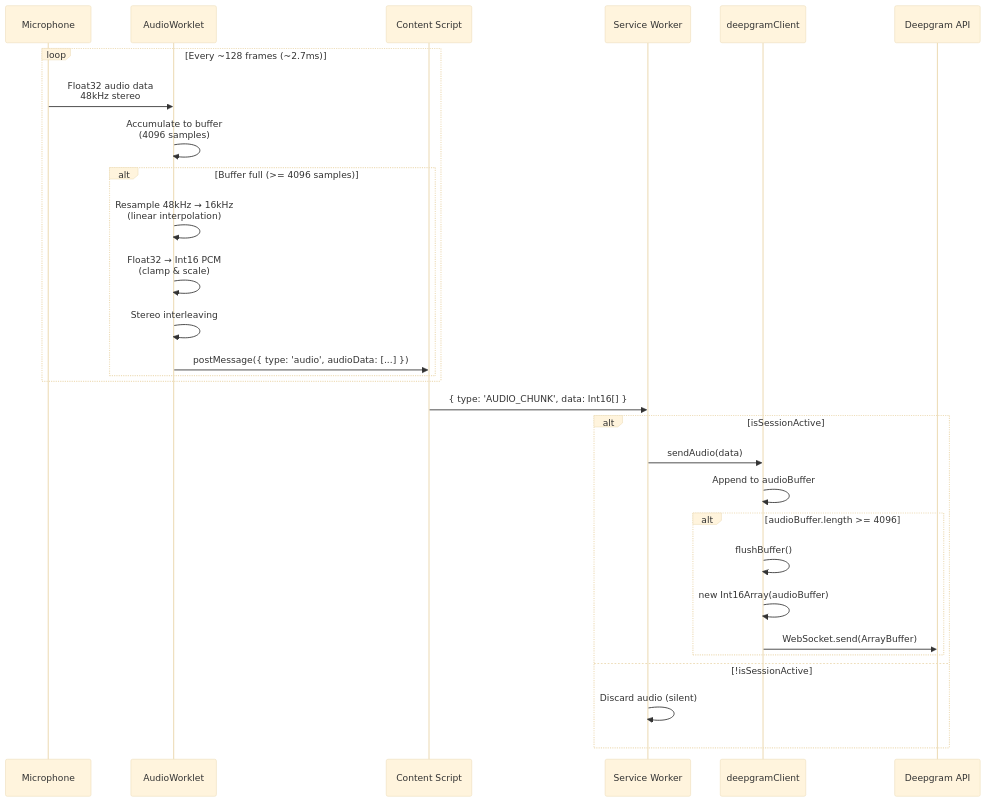
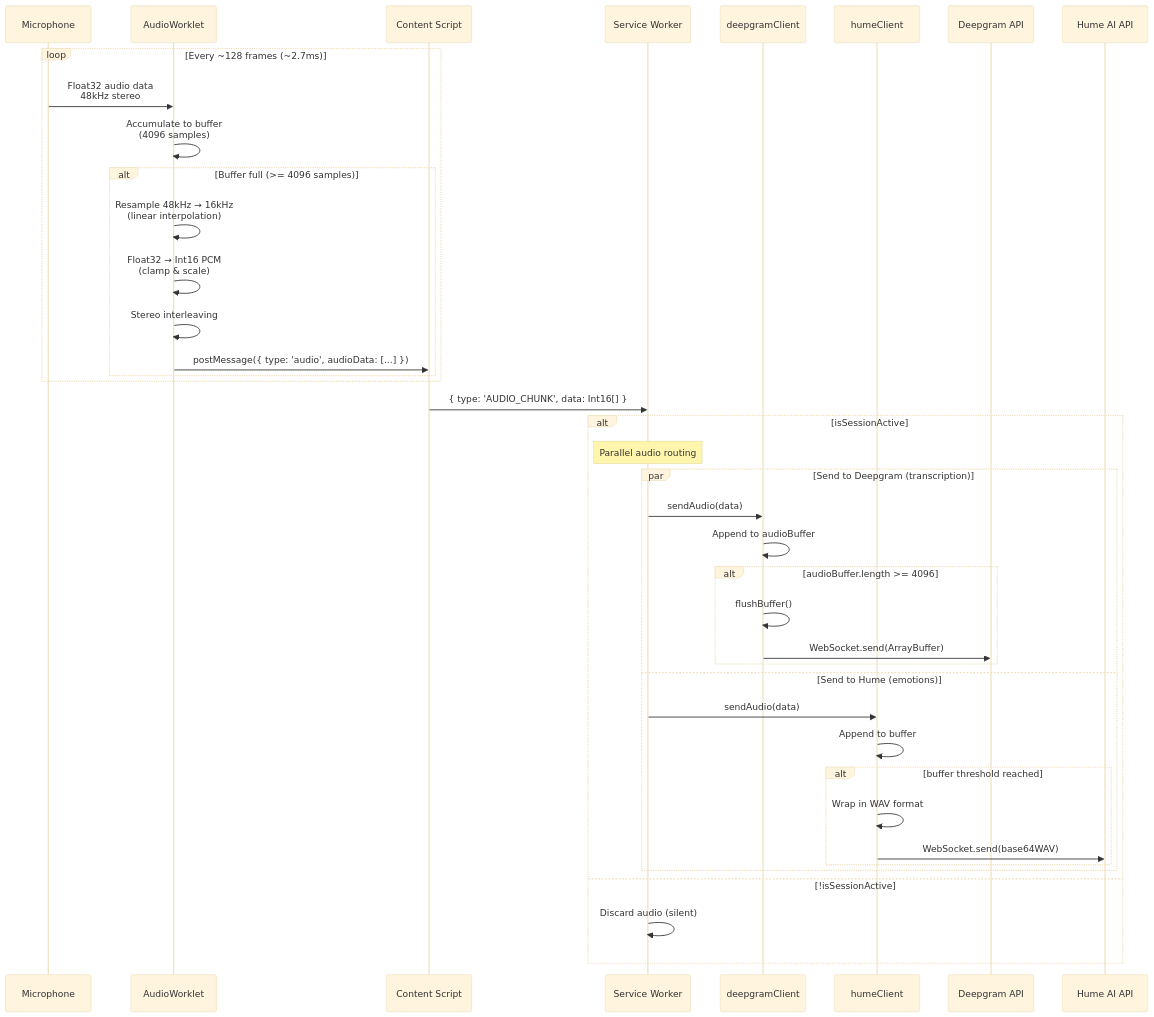
One commit to AntoineDubuc/wingman-ai changed the fourth of 10 diagrams in docs/diagrams/SEQUENCES.md. Above: the diagram before and after it, drawn with Mermaid. The commit also changed other lines of this file and 110 other files, not shown here.

````diff
--- a/docs/diagrams/SEQUENCES.md
+++ b/docs/diagrams/SEQUENCES.md
@@ -239,37 +246,47 @@
 ```mermaid
 %%{init: {'theme':'base'}}%%
 sequenceDiagram
     participant Mic as Microphone
     participant Worklet as AudioWorklet
     participant Content as Content Script
     participant SW as Service Worker
     participant DC as deepgramClient
+    participant HC as humeClient
     participant Deepgram as Deepgram API
+    participant Hume as Hume AI API
 
     loop Every ~128 frames (~2.7ms)
         Mic->>Worklet: Float32 audio data<br/>48kHz stereo
         Worklet->>Worklet: Accumulate to buffer<br/>(4096 samples)
 
         alt Buffer full (>= 4096 samples)
             Worklet->>Worklet: Resample 48kHz → 16kHz<br/>(linear interpolation)
             Worklet->>Worklet: Float32 → Int16 PCM<br/>(clamp & scale)
             Worklet->>Worklet: Stereo interleaving
             Worklet->>Content: postMessage({ type: 'audio', audioData: [...] })
         end
     end
 
     Content->>SW: { type: 'AUDIO_CHUNK', data: Int16[] }
 
     alt isSessionActive
-        SW->>DC: sendAudio(data)
-        DC->>DC: Append to audioBuffer
-
-        alt audioBuffer.length >= 4096
-            DC->>DC: flushBuffer()
-            DC->>DC: new Int16Array(audioBuffer)
-            DC->>Deepgram: WebSocket.send(ArrayBuffer)
+        Note over SW: Parallel audio routing
+        par Send to Deepgram (transcription)
+            SW->>DC: sendAudio(data)
+            DC->>DC: Append to audioBuffer
+            alt audioBuffer.length >= 4096
+                DC->>DC: flushBuffer()
+                DC->>Deepgram: WebSocket.send(ArrayBuffer)
+            end
+        and Send to Hume (emotions)
+            SW->>HC: sendAudio(data)
+            HC->>HC: Append to buffer
+            alt buffer threshold reached
+                HC->>HC: Wrap in WAV format
+                HC->>Hume: WebSocket.send(base64WAV)
+            end
         end
     else !isSessionActive
         SW->>SW: Discard audio (silent)
     end
 ```
````
